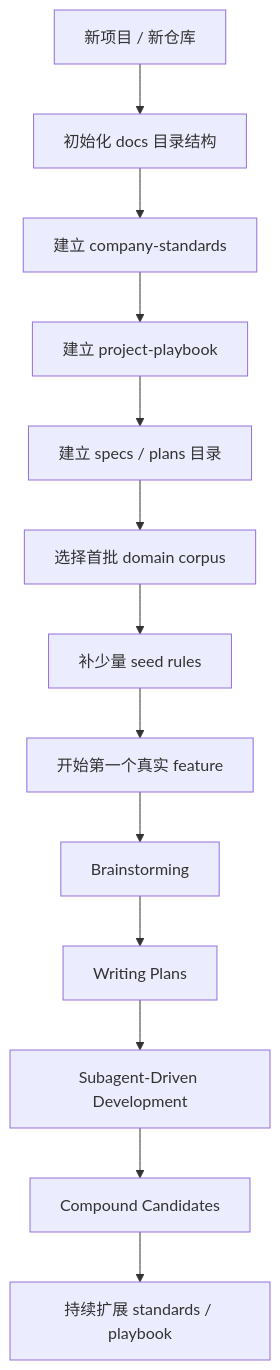
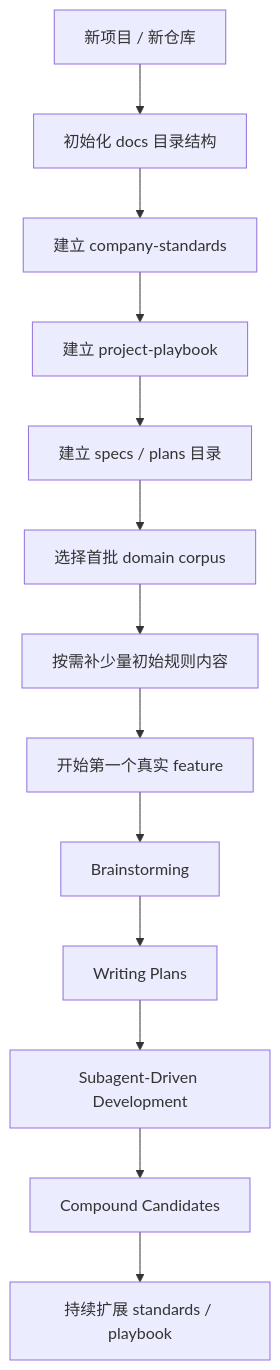
One commit to YWJ-hy/superpowers2 changed the seventh of 7 diagrams in WORKFLOW-MINDMAP.md. Above: the diagram before and after it, drawn with Mermaid. The commit also changed other lines of this file and 39 other files, not shown here.

````diff
--- a/WORKFLOW-MINDMAP.md
+++ b/WORKFLOW-MINDMAP.md
@@ -406,15 +406,15 @@
 ```mermaid
 flowchart TD
     A[新项目 / 新仓库] --> B[初始化 docs 目录结构]
     B --> C[建立 company-standards]
     C --> D[建立 project-playbook]
     D --> E[建立 specs / plans 目录]
     E --> F[选择首批 domain corpus]
-    F --> G[补少量 seed rules]
+    F --> G[按需补少量初始规则内容]
     G --> H[开始第一个真实 feature]
     H --> I[Brainstorming]
     I --> J[Writing Plans]
     J --> K[Subagent-Driven Development]
     K --> L[Compound Candidates]
     L --> M[持续扩展 standards / playbook]
 ```
````
